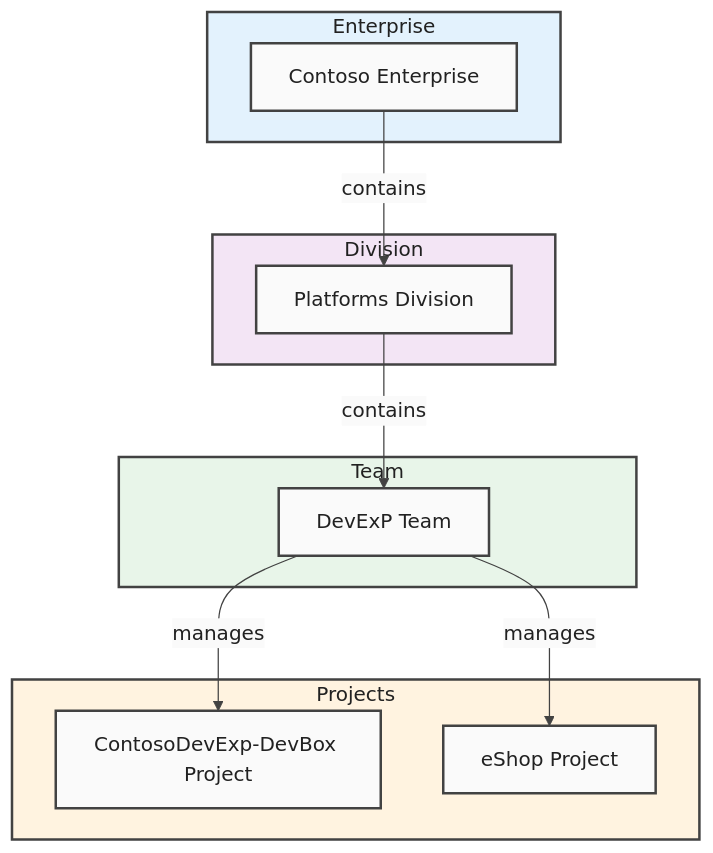
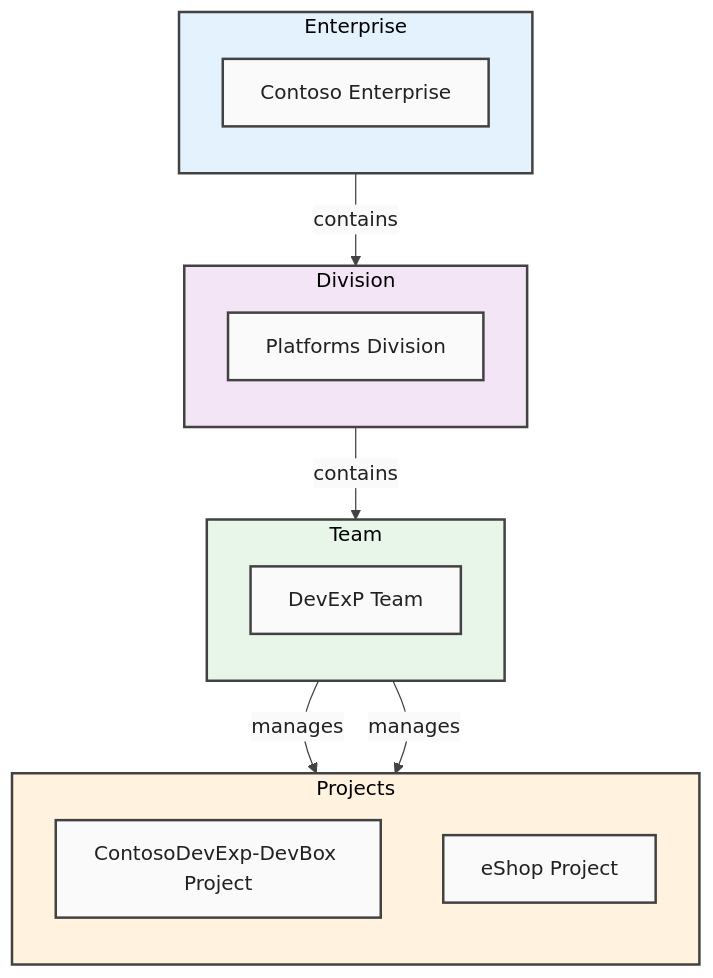
The fourth of 11 diagrams in docs/architecture/Business.md (Evilazaro/DevExp-DevBox), drawn with Mermaid before and after one commit. The commit also changed other lines of this file, not shown here.

Commit message:
docs: enhance Business Architecture document with flowchart direction and styling improvements

````diff
--- a/docs/architecture/Business.md
+++ b/docs/architecture/Business.md
@@ -589,37 +610,46 @@
 ```mermaid
 %%{init: {'theme': 'base', 'themeVariables': { 'primaryColor': '#FAFAFA', 'primaryBorderColor': '#424242', 'primaryTextColor': '#212121', 'lineColor': '#424242'}}}%%
 flowchart TB
     %% Style Definitions
     classDef default fill:#FAFAFA,stroke:#424242,stroke-width:2px,color:#212121
     classDef level1 fill:#E3F2FD,stroke:#424242,stroke-width:2px,color:#212121
     classDef level2 fill:#F3E5F5,stroke:#424242,stroke-width:2px,color:#212121
     classDef level3 fill:#E8F5E9,stroke:#424242,stroke-width:2px,color:#212121
     classDef accent fill:#FFF3E0,stroke:#424242,stroke-width:2px,color:#212121
 
     subgraph ENT["Enterprise"]
+        direction TB
         E1["Contoso Enterprise"]
     end
 
     subgraph DIV["Division"]
+        direction TB
         D1["Platforms Division"]
     end
 
     subgraph TEAM["Team"]
+        direction TB
         T1["DevExP Team"]
     end
 
     subgraph PROJ["Projects"]
+        direction TB
         PRJ1["ContosoDevExp-DevBox Project"]
         PRJ2["eShop Project"]
     end
 
     E1 -->|"contains"| D1
     D1 -->|"contains"| T1
     T1 -->|"manages"| PRJ1
     T1 -->|"manages"| PRJ2
 
     class ENT level1
     class DIV level2
     class TEAM level3
     class PROJ accent
+
+    style ENT fill:#E3F2FD,stroke:#424242,stroke-width:2px
+    style DIV fill:#F3E5F5,stroke:#424242,stroke-width:2px
+    style TEAM fill:#E8F5E9,stroke:#424242,stroke-width:2px
+    style PROJ fill:#FFF3E0,stroke:#424242,stroke-width:2px
 ```
````
